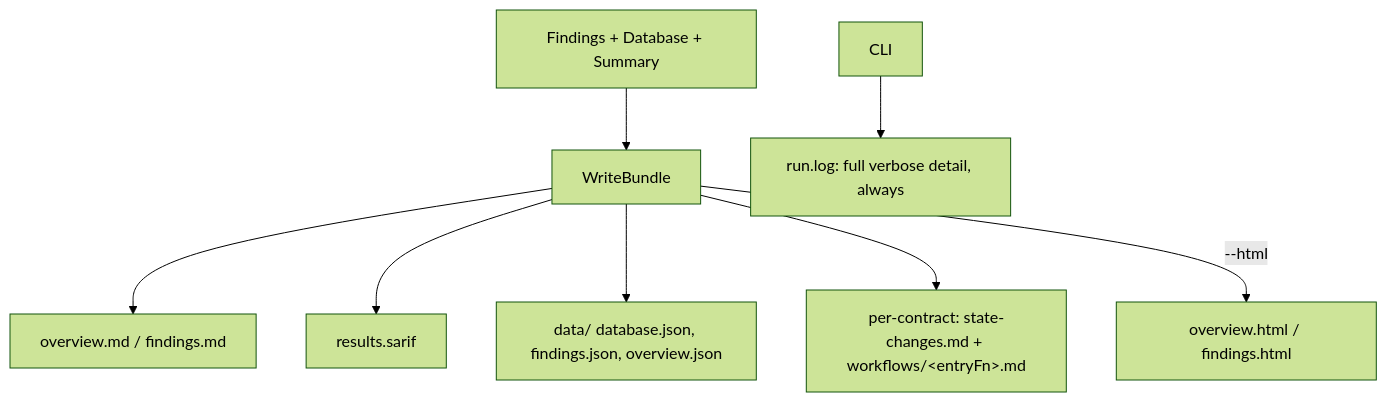
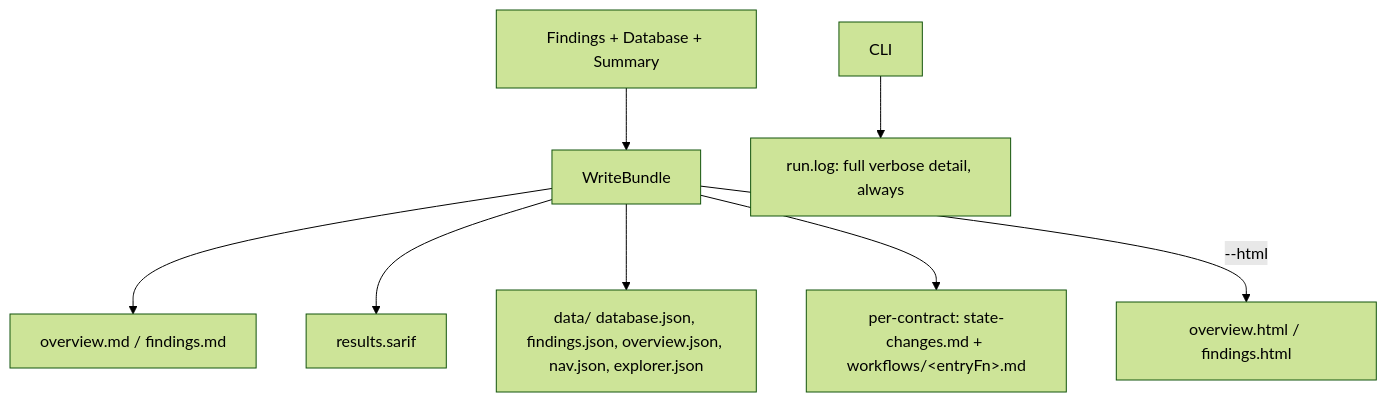
One commit to th13vn/w3goaudit changed the fourth of 8 diagrams in docs/workflows.md. Above: the diagram before and after it, drawn with Mermaid (forest theme). The commit also changed other lines of this file and 5 other files, not shown here.

````diff
--- a/docs/workflows.md
+++ b/docs/workflows.md
@@ -202,10 +210,10 @@
 ```mermaid
 graph TD
     A[Findings + Database + Summary] --> B[WriteBundle]
     B --> C[overview.md / findings.md]
     B --> D[results.sarif]
-    B --> E[data/ database.json, findings.json, overview.json]
+    B --> E[data/ database.json, findings.json, overview.json, nav.json, explorer.json]
     B --> F["per-contract: state-changes.md + workflows/&lt;entryFn&gt;.md"]
     B -->|--html| G[overview.html / findings.html]
     H[CLI] --> I[run.log: full verbose detail, always]
 ```
````
